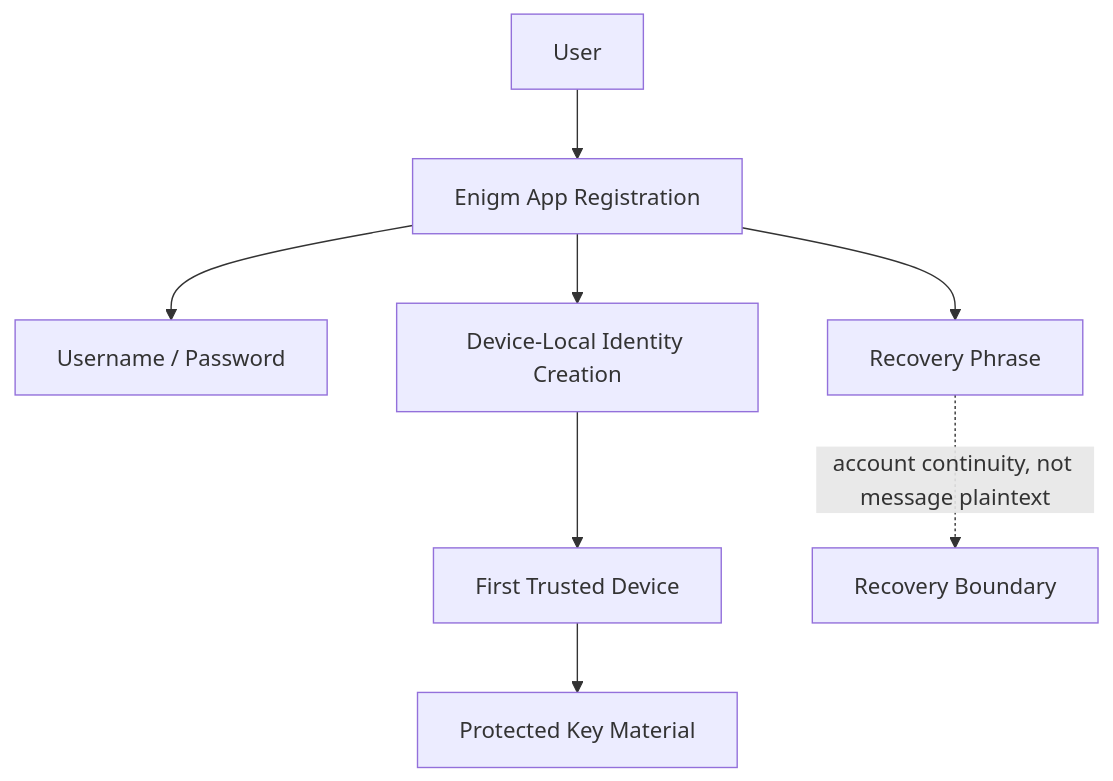
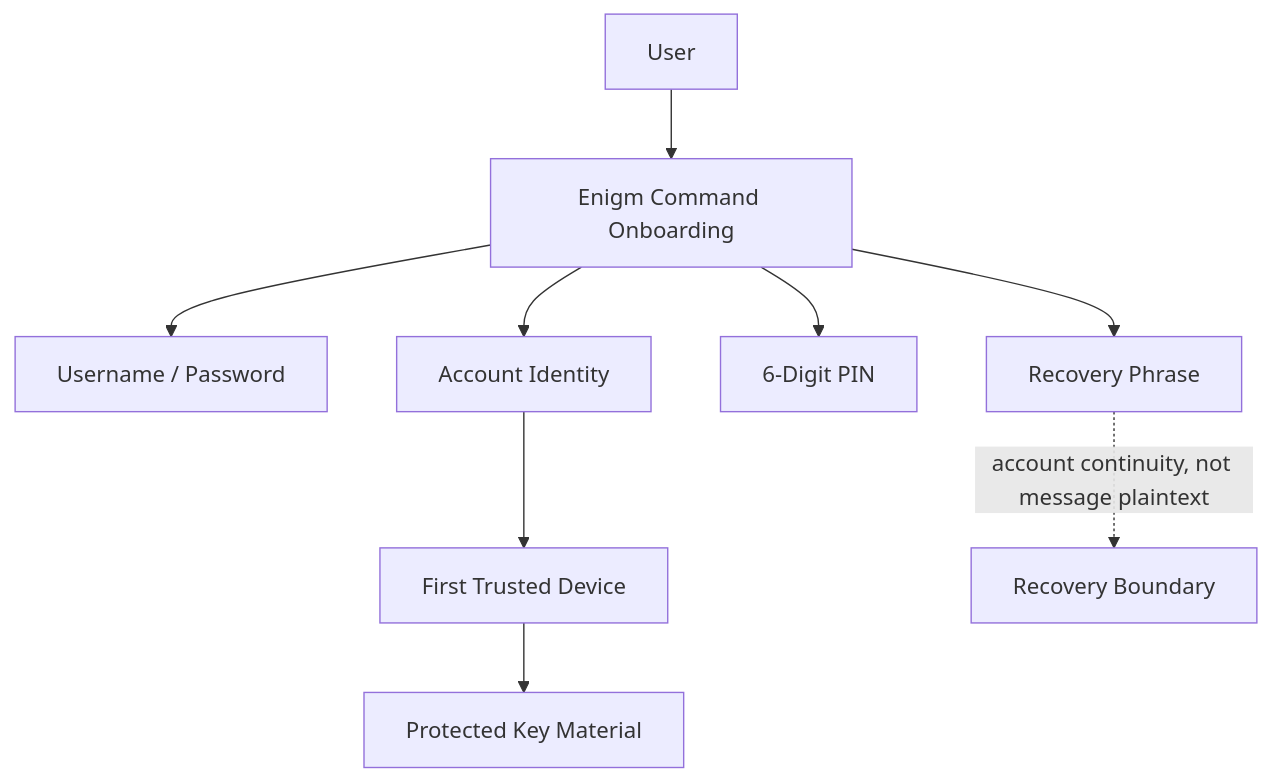
One commit to enigm-llc/docs changed the diagram in app/account-model.mdx. Above: the diagram before and after it, drawn with Mermaid. The commit also changed other lines of this file and 9 other files, not shown here.

````diff
--- a/app/account-model.mdx
+++ b/app/account-model.mdx
@@ -70,10 +72,11 @@
 ```mermaid
 flowchart TD
-  User["User"] --> App["Enigm App Registration"]
-  App --> Credentials["Username / Password"]
-  App --> Identity["Device-Local Identity Creation"]
+  User["User"] --> Command["Enigm Command Onboarding"]
+  Command --> Credentials["Username / Password"]
+  Command --> Recovery["Recovery Phrase"]
+  Command --> PIN["6-Digit PIN"]
+  Command --> Identity["Account Identity"]
   Identity --> Device["First Trusted Device"]
-  App --> Recovery["Recovery Phrase"]
   Device --> Keys["Protected Key Material"]
   Recovery -. "account continuity, not message plaintext" .-> Boundary["Recovery Boundary"]
 ```
````
